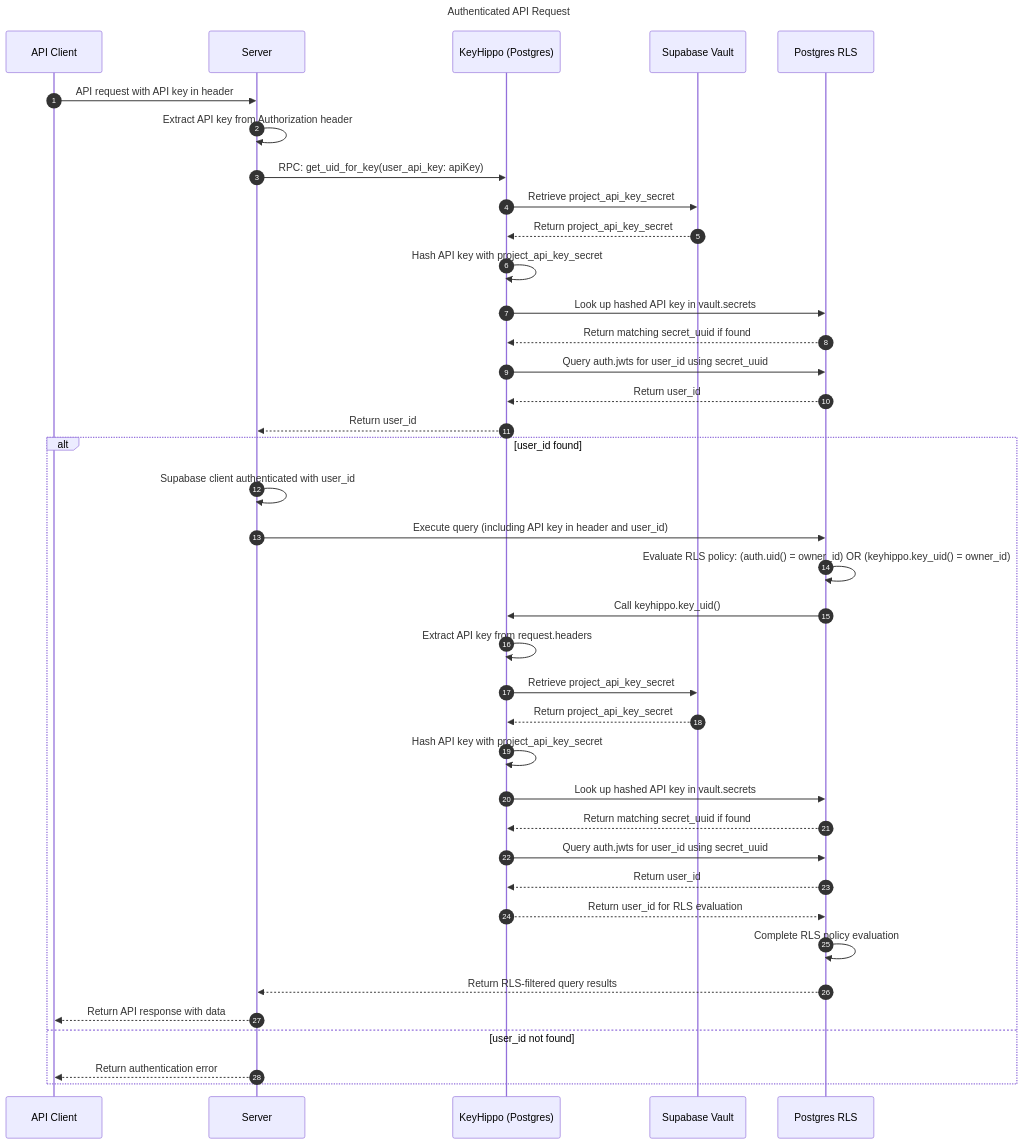
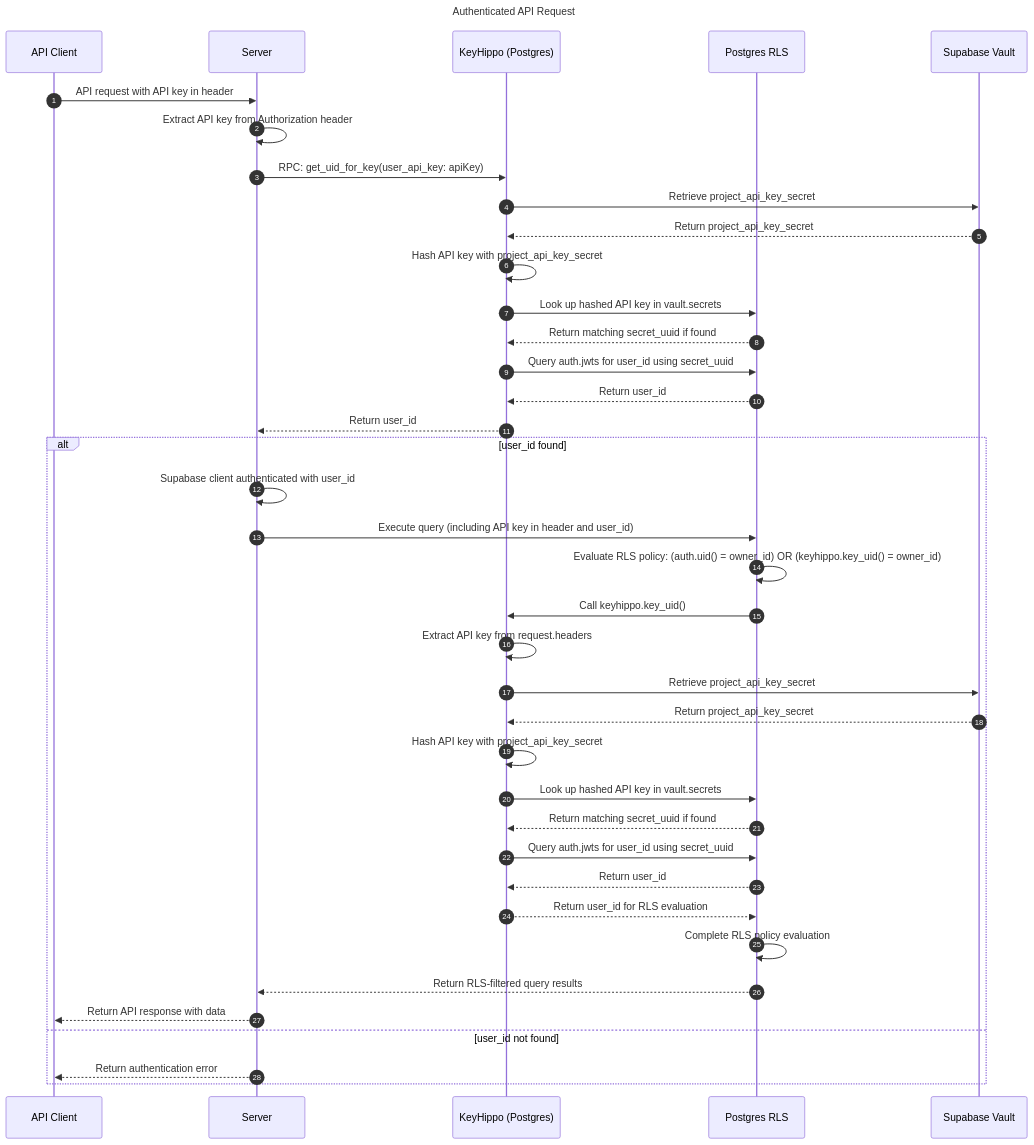
One commit to integrated-reasoning/KeyHippo changed the second of 2 diagrams in README.md. Above: the diagram before and after it, drawn with Mermaid. The commit also changed other lines of this file, not shown here.

Commit message:
docs: clarify process diagrams

````diff
--- a/README.md
+++ b/README.md
@@ -127,43 +133,43 @@
 ```mermaid
 sequenceDiagram
     title: Authenticated API Request
     autonumber
     participant C as API Client
     participant S as Server
     participant K as KeyHippo (Postgres)
+    participant P as Postgres RLS
     participant V as Supabase Vault
-    participant P as Postgres RLS
 
     C->>S: API request with API key in header
     S->>S: Extract API key from Authorization header
     S->>K: RPC: get_uid_for_key(user_api_key: apiKey)
     K->>V: Retrieve project_api_key_secret
     V-->>K: Return project_api_key_secret
     K->>K: Hash API key with project_api_key_secret
     K->>P: Look up hashed API key in vault.secrets
     P-->>K: Return matching secret_uuid if found
     K->>P: Query auth.jwts for user_id using secret_uuid
     P-->>K: Return user_id
     K-->>S: Return user_id
     alt user_id found
         S->>S: Supabase client authenticated with user_id
         S->>P: Execute query (including API key in header and user_id)
         P->>P: Evaluate RLS policy: (auth.uid() = owner_id) OR (keyhippo.key_uid() = owner_id)
         P->>K: Call keyhippo.key_uid()
         K->>K: Extract API key from request.headers
         K->>V: Retrieve project_api_key_secret
         V-->>K: Return project_api_key_secret
         K->>K: Hash API key with project_api_key_secret
         K->>P: Look up hashed API key in vault.secrets
         P-->>K: Return matching secret_uuid if found
         K->>P: Query auth.jwts for user_id using secret_uuid
         P-->>K: Return user_id
         K-->>P: Return user_id for RLS evaluation
         P->>P: Complete RLS policy evaluation
         P-->>S: Return RLS-filtered query results
         S-->>C: Return API response with data
     else user_id not found
         S-->>C: Return authentication error
     end
 
 ```
````
